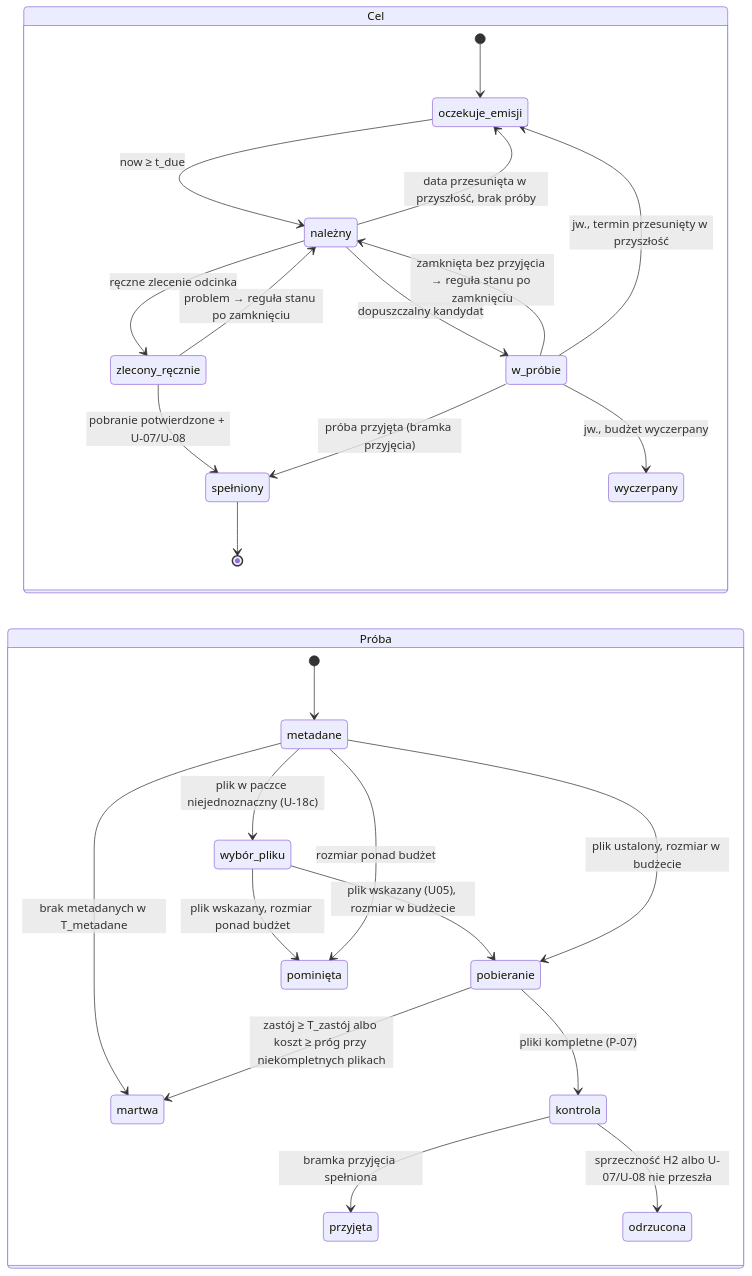
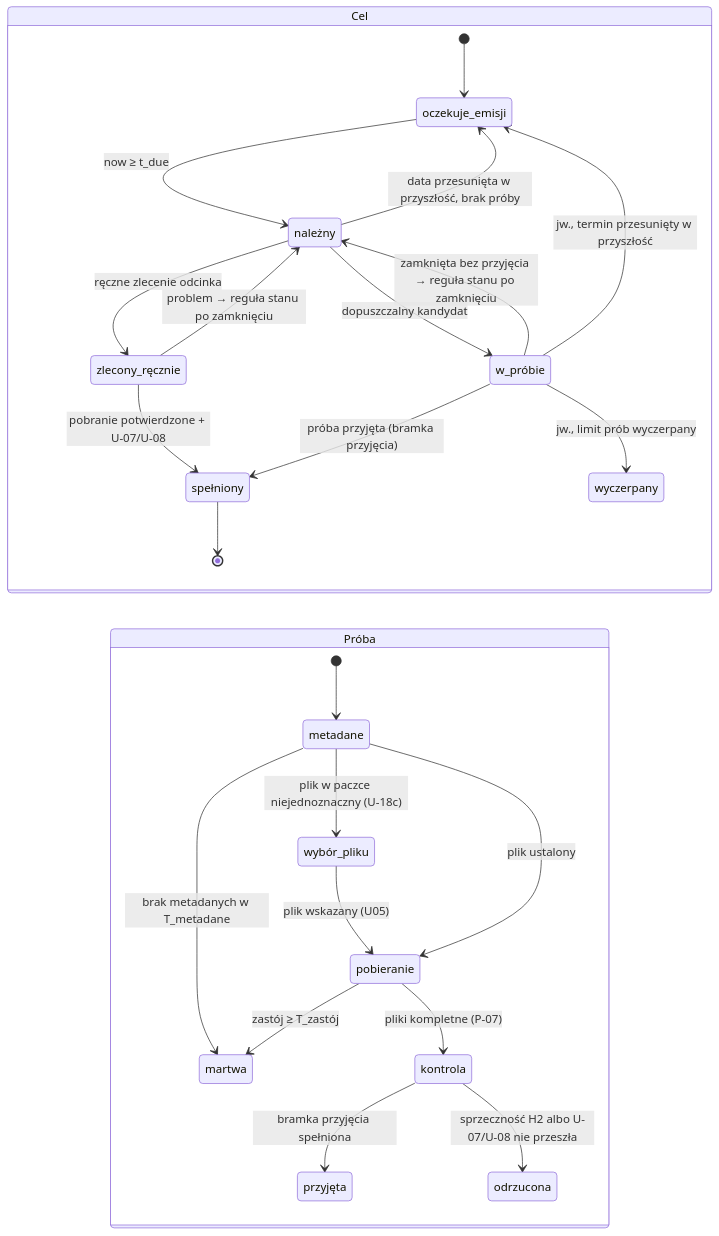
Before and after one commit to MattyMroz/AniShift: the diagram in docs/work/acquisition/plans/e1-przeplyw-subskrypcji.md, drawn with Mermaid. The commit also changed other lines of this file and 6 other files, not shown here.

````diff
--- a/docs/work/acquisition/plans/e1-przeplyw-subskrypcji.md
+++ b/docs/work/acquisition/plans/e1-przeplyw-subskrypcji.md
@@ -142,31 +125,29 @@
 ```mermaid
 stateDiagram-v2
     direction LR
     state "Cel" as C {
         [*] --> oczekuje_emisji
         oczekuje_emisji --> należny: now ≥ t_due
         należny --> oczekuje_emisji: data przesunięta w przyszłość, brak próby
         należny --> w_próbie: dopuszczalny kandydat
         należny --> zlecony_ręcznie: ręczne zlecenie odcinka
         zlecony_ręcznie --> spełniony: pobranie potwierdzone + U-07/U-08
         zlecony_ręcznie --> należny: problem → reguła stanu po zamknięciu
         w_próbie --> spełniony: próba przyjęta (bramka przyjęcia)
         w_próbie --> należny: zamknięta bez przyjęcia → reguła stanu po zamknięciu
         w_próbie --> oczekuje_emisji: jw., termin przesunięty w przyszłość
-        w_próbie --> wyczerpany: jw., budżet wyczerpany
+        w_próbie --> wyczerpany: jw., limit prób wyczerpany
         spełniony --> [*]
     }
     state "Próba" as P {
         [*] --> metadane
         metadane --> wybór_pliku: plik w paczce niejednoznaczny (U-18c)
-        wybór_pliku --> pobieranie: plik wskazany (U05), rozmiar w budżecie
-        wybór_pliku --> pominięta: plik wskazany, rozmiar ponad budżet
-        metadane --> pobieranie: plik ustalony, rozmiar w budżecie
-        metadane --> pominięta: rozmiar ponad budżet
+        wybór_pliku --> pobieranie: plik wskazany (U05)
+        metadane --> pobieranie: plik ustalony
         metadane --> martwa: brak metadanych w T_metadane
-        pobieranie --> martwa: zastój ≥ T_zastój albo koszt ≥ próg przy niekompletnych plikach
+        pobieranie --> martwa: zastój ≥ T_zastój
         pobieranie --> kontrola: pliki kompletne (P-07)
         kontrola --> przyjęta: bramka przyjęcia spełniona
         kontrola --> odrzucona: sprzeczność H2 albo U-07/U-08 nie przeszła
     }
 ```
````
